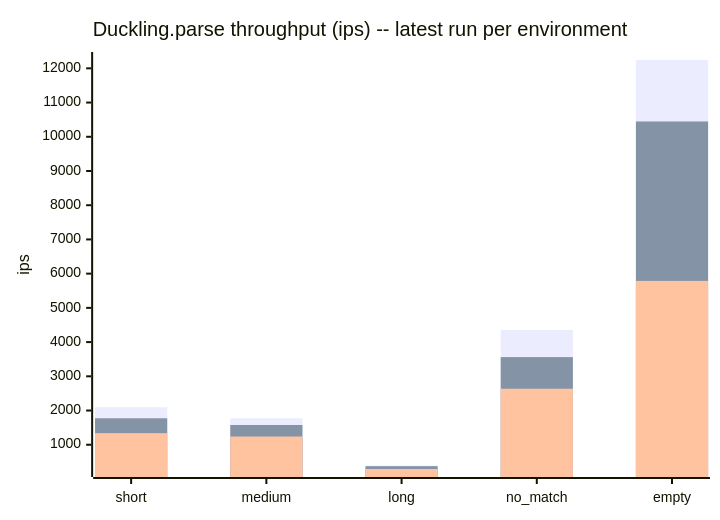
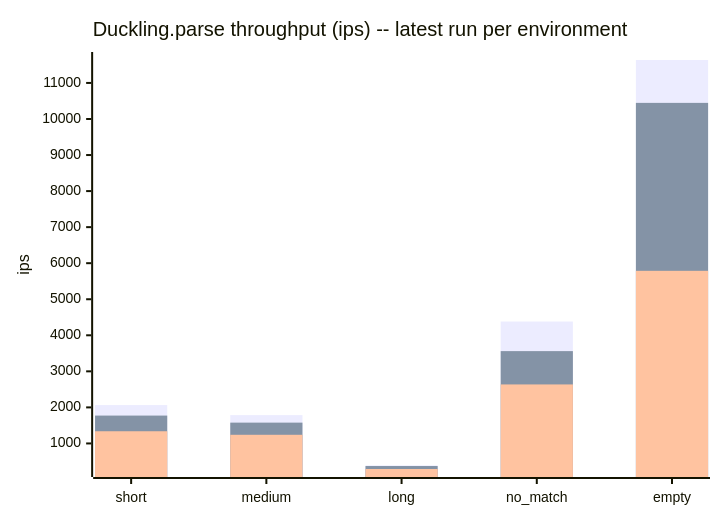
One commit to cpb/duckling changed the fourth of 5 diagrams in docs/benchmarks/README.md. Above: the diagram before and after it, drawn with Mermaid. The commit also changed other lines of this file and 1 other file, not shown here.

Commit message:
Record github-actions benchmark for PR #54 branch issue-34/implement-extended-test-corpus-from-ruby-test-desi [benchmark-record]

````diff
--- a/docs/benchmarks/README.md
+++ b/docs/benchmarks/README.md
@@ -133,9 +133,9 @@
 ```mermaid
 xychart-beta
     title "Duckling.parse throughput (ips) -- latest run per environment"
     x-axis [short, medium, long, no_match, empty]
     y-axis "ips"
-    bar "github-actions" [2096.8, 1775.4, 391.8, 4353.6, 12243.5]
+    bar "github-actions" [2064.6, 1785.9, 391.5, 4382.0, 11636.2]
     bar "claude-code-web" [1773.1, 1577.3, 373.4, 3561.1, 10446.8]
     bar "local" [1338.4, 1240.2, 291.2, 2636.8, 5788.3]
 ```
````
